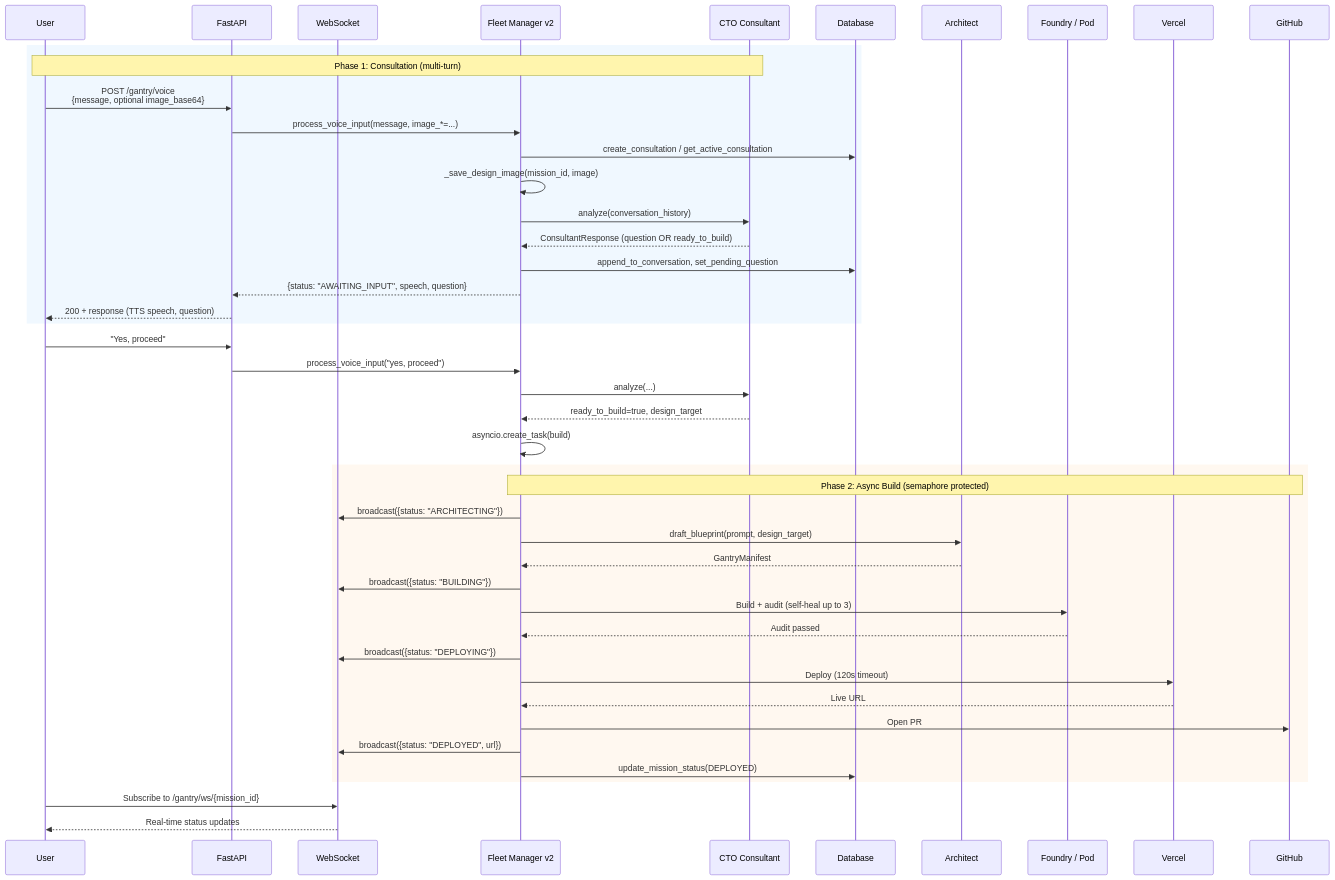
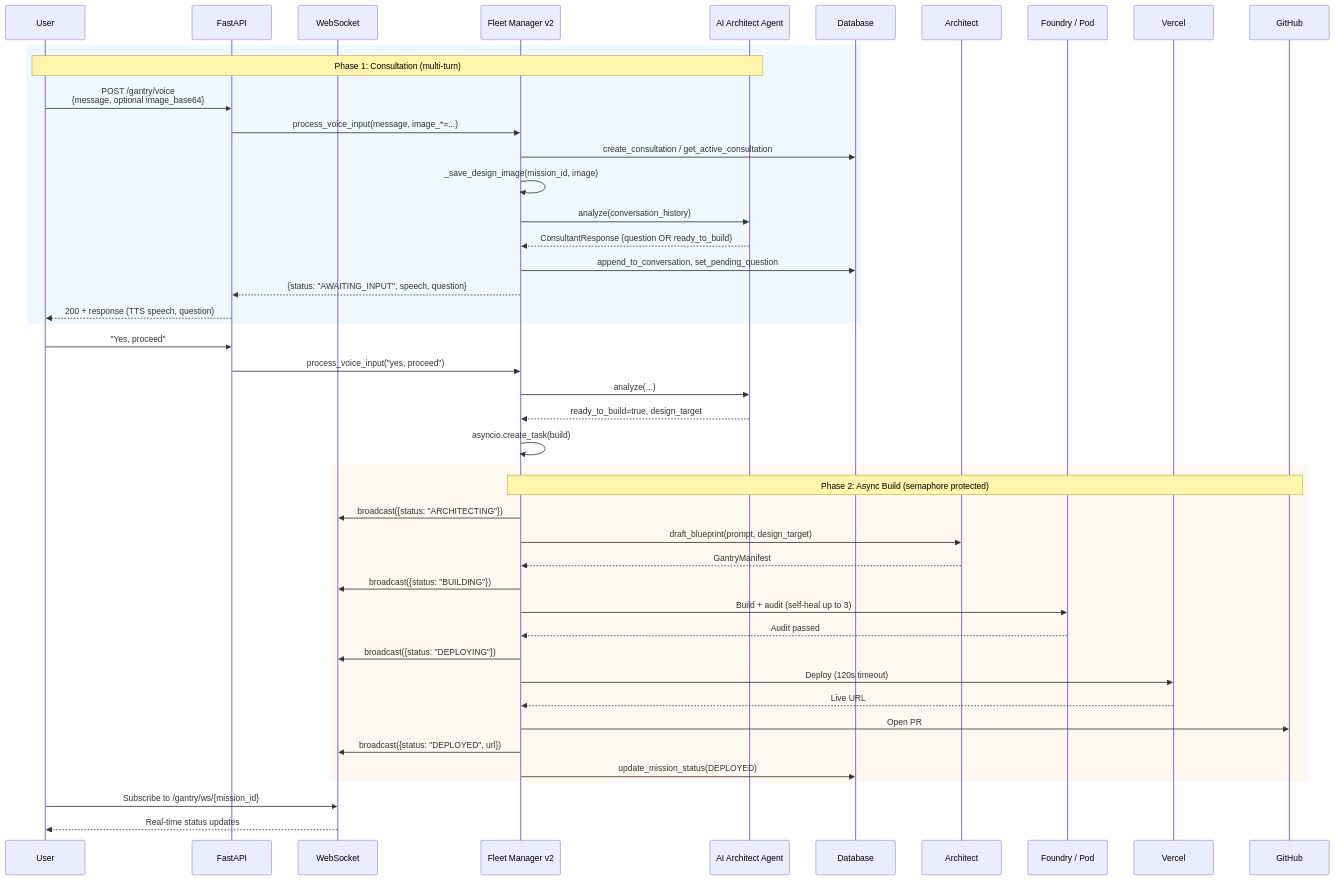
The second of 5 diagrams in ARCHITECTURE.md (Jarvis2021/gantry), drawn with Mermaid before and after one commit. The commit also changed other lines of this file and 4 other files, not shown here.

First line of the commit message:
refactor: Rename CTO Consultant to AI Architect Agent

````diff
--- a/ARCHITECTURE.md
+++ b/ARCHITECTURE.md
@@ -178,51 +178,51 @@
 ```mermaid
 sequenceDiagram
     participant User as User
     participant API as FastAPI
     participant WS as WebSocket
     participant Fleet as Fleet Manager v2
-    participant Consultant as CTO Consultant
+    participant Consultant as AI Architect Agent
     participant DB as Database
     participant Architect as Architect
     participant Pod as Foundry / Pod
     participant Vercel as Vercel
     participant GitHub as GitHub
 
     rect rgb(240, 248, 255)
         Note over User,Consultant: Phase 1: Consultation (multi-turn)
         User->>API: POST /gantry/voice<br/>{message, optional image_base64}
         API->>Fleet: process_voice_input(message, image_*=...)
         Fleet->>DB: create_consultation / get_active_consultation
         Fleet->>Fleet: _save_design_image(mission_id, image)
         Fleet->>Consultant: analyze(conversation_history)
         Consultant-->>Fleet: ConsultantResponse (question OR ready_to_build)
         Fleet->>DB: append_to_conversation, set_pending_question
         Fleet-->>API: {status: "AWAITING_INPUT", speech, question}
         API-->>User: 200 + response (TTS speech, question)
     end
 
     User->>API: "Yes, proceed"
     API->>Fleet: process_voice_input("yes, proceed")
     Fleet->>Consultant: analyze(...)
     Consultant-->>Fleet: ready_to_build=true, design_target
     Fleet->>Fleet: asyncio.create_task(build)
 
     rect rgb(255, 248, 240)
         Note over Fleet,GitHub: Phase 2: Async Build (semaphore protected)
         Fleet->>WS: broadcast({status: "ARCHITECTING"})
         Fleet->>Architect: draft_blueprint(prompt, design_target)
         Architect-->>Fleet: GantryManifest
         Fleet->>WS: broadcast({status: "BUILDING"})
         Fleet->>Pod: Build + audit (self-heal up to 3)
         Pod-->>Fleet: Audit passed
         Fleet->>WS: broadcast({status: "DEPLOYING"})
         Fleet->>Vercel: Deploy (120s timeout)
         Vercel-->>Fleet: Live URL
         Fleet->>GitHub: Open PR
         Fleet->>WS: broadcast({status: "DEPLOYED", url})
         Fleet->>DB: update_mission_status(DEPLOYED)
     end
 
     User->>WS: Subscribe to /gantry/ws/{mission_id}
     WS-->>User: Real-time status updates
 ```
````
